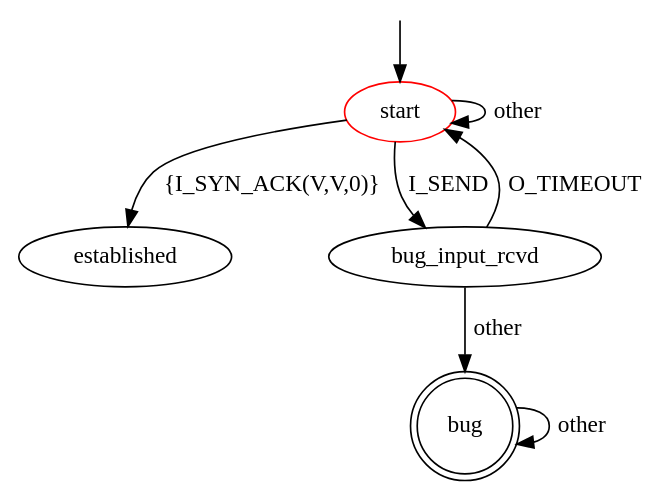
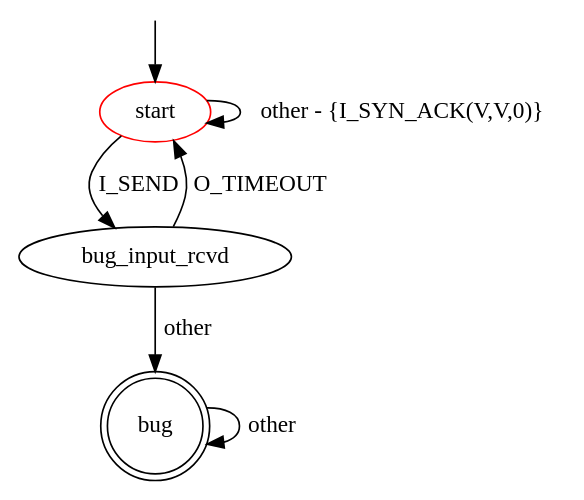
The diagram in src/main/resources/patterns/tcp/client/errorr_response_to_send_when_connection_not_exit.dot (assist-project/state-machine-bug-finder), drawn with Graphviz before and after one commit. The commit also changed 1 other file, not shown here.

```diff
--- a/src/main/resources/patterns/tcp/client/errorr_response_to_send_when_connection_not_exit.dot
+++ b/src/main/resources/patterns/tcp/client/errorr_response_to_send_when_connection_not_exit.dot
@@ -1,16 +1,15 @@
 digraph G {
 label=""
 start [color="red"]
 bug [shape="doublecircle"]
 
-start -> established [label="{I_SYN_ACK(V,V,0)}"]
-start -> start [label="other"]
+start -> start [label="other - {I_SYN_ACK(V,V,0)}"]
 start -> bug_input_rcvd [label="I_SEND"]
 bug_input_rcvd -> start [label="O_TIMEOUT"]
 bug_input_rcvd -> bug [label="other"]
 
 bug -> bug [label="other"]
 
 __start0 [label="" shape="none" width="0" height="0"];
 __start0 -> start;
 }
```
